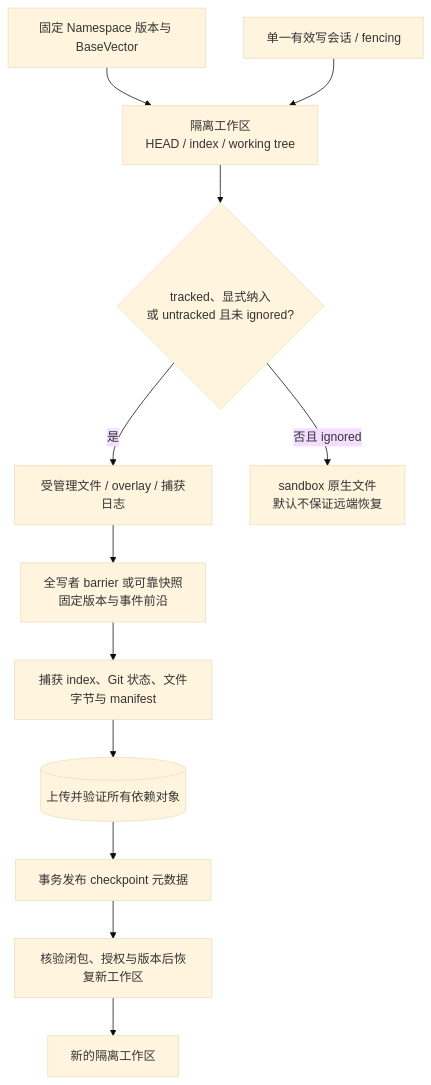
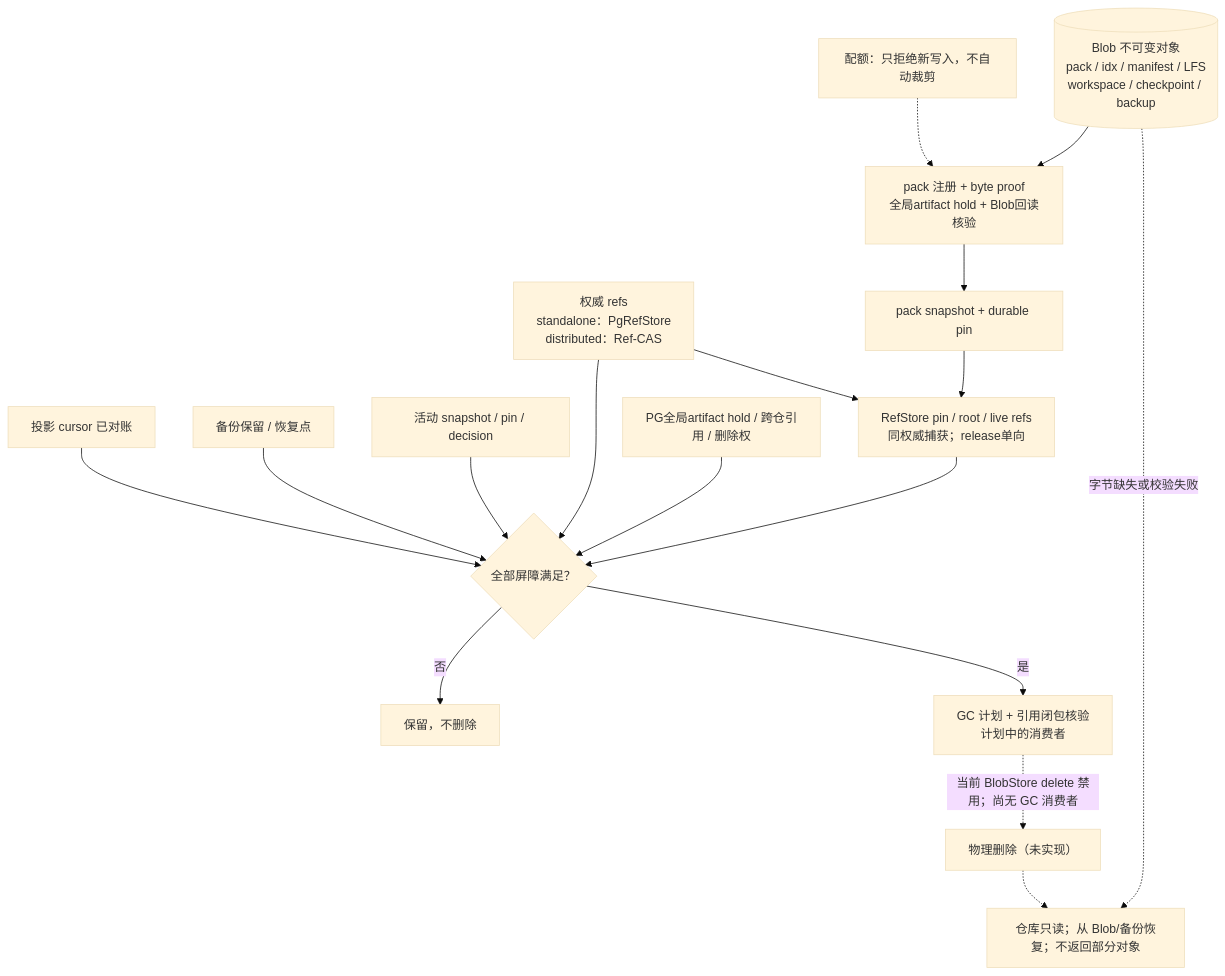
The fourth of 5 diagrams in docs/design/architecture-diagrams.md (jihuayu/rootyard), drawn with Mermaid (base theme) before and after one commit. The commit also changed other lines of this file and 40 other files, not shown here.

Commit message:
Replace legacy architecture roadmap with fresh Blob-only deployment plan

````diff
--- a/docs/design/architecture-diagrams.md
+++ b/docs/design/architecture-diagrams.md
@@ -126,14 +93,19 @@
 ```mermaid
 flowchart TB
-  Base["固定 Namespace 版本与 BaseVector"] --> WS["隔离工作区<br/>HEAD / index / working tree"]
-  Agent["单一有效写会话 / fencing"] --> WS
-  WS --> Route{"tracked、显式纳入<br/>或 untracked 且未 ignored?"}
-  Route -- "是" --> Managed["受管理文件 / overlay / 捕获日志"]
-  Route -- "否且 ignored" --> Local["sandbox 原生文件<br/>默认不保证远端恢复"]
-  Managed --> Barrier["全写者 barrier 或可靠快照<br/>固定版本与事件前沿"]
-  Barrier --> Capture["捕获 index、Git 状态、文件字节与 manifest"]
-  Capture --> Objects[("上传并验证所有依赖对象")]
-  Objects --> Publish["事务发布 checkpoint 元数据"]
-  Publish --> Restore["核验闭包、授权与版本后恢复新工作区"]
-  Restore --> WS2["新的隔离工作区"]
+  B[("Blob 不可变对象<br/>pack / idx / manifest / LFS<br/>workspace / checkpoint / backup")] --> REG["pack 注册 + byte proof<br/>全局artifact hold + Blob回读核验"]
+  REG --> SNAP["pack snapshot + durable pin"]
+  SNAP --> ROOT["RefStore pin / root / live refs<br/>同权威捕获；release单向"]
+  REF["权威 refs<br/>standalone：PgRefStore<br/>distributed：Ref-CAS"] --> ROOT
+  ROOT --> E{"全部屏障满足？"}
+  GLOBAL["PG全局artifact hold / 跨仓引用 / 删除权"] --> E
+  REF --> E
+  PIN["活动 snapshot / pin / decision"] --> E
+  BK["备份保留 / 恢复点"] --> E
+  PRJ["投影 cursor 已对账"] --> E
+  E -- "否" --> KEEP["保留，不删除"]
+  E -- "是" --> PLAN["GC 计划 + 引用闭包核验<br/>计划中的消费者"]
+  PLAN -. "当前 BlobStore delete 禁用；尚无 GC 消费者" .-> DEL["物理删除（未实现）"]
+  Q["配额：只拒绝新写入，不自动裁剪"] -.-> REG
+  B -. "字节缺失或校验失败" .-> RO["仓库只读；从 Blob/备份恢复；不返回部分对象"]
+  DEL -.-> RO
 ```
````
